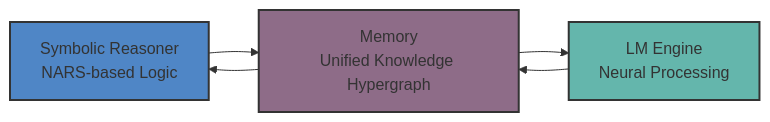
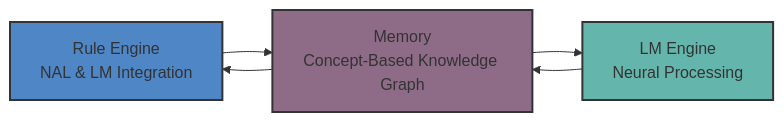
The first of 6 diagrams in docs/presentations/slides-next.md (automenta/senars11), drawn with Mermaid before and after one commit. The commit also changed other lines of this file, not shown here.

````diff
--- a/docs/presentations/slides-next.md
+++ b/docs/presentations/slides-next.md
@@ -106,15 +96,15 @@
 ```mermaid
 graph LR
-    A[Symbolic Reasoner<br/>NARS-based Logic] --> B[Memory<br/>Unified Knowledge Hypergraph]
+    A[Rule Engine<br/>NAL & LM Integration] --> B[Memory<br/>Concept-Based Knowledge Graph]
     B --> C[LM Engine<br/>Neural Processing]
     C --> B
     B --> A
 
     style A fill:#4F86C6,stroke:#333,stroke-width:2px
     style B fill:#8E6C88,stroke:#333,stroke-width:2px
     style C fill:#64B6AC,stroke:#333,stroke-width:2px
 
     classDef cognitiveComponent fill:#4F86C6,stroke:#333,stroke-width:2px;
     classDef knowledgeComponent fill:#8E6C88,stroke:#333,stroke-width:2px;
     classDef neuralComponent fill:#64B6AC,stroke:#333,stroke-width:2px;
 ```
````
